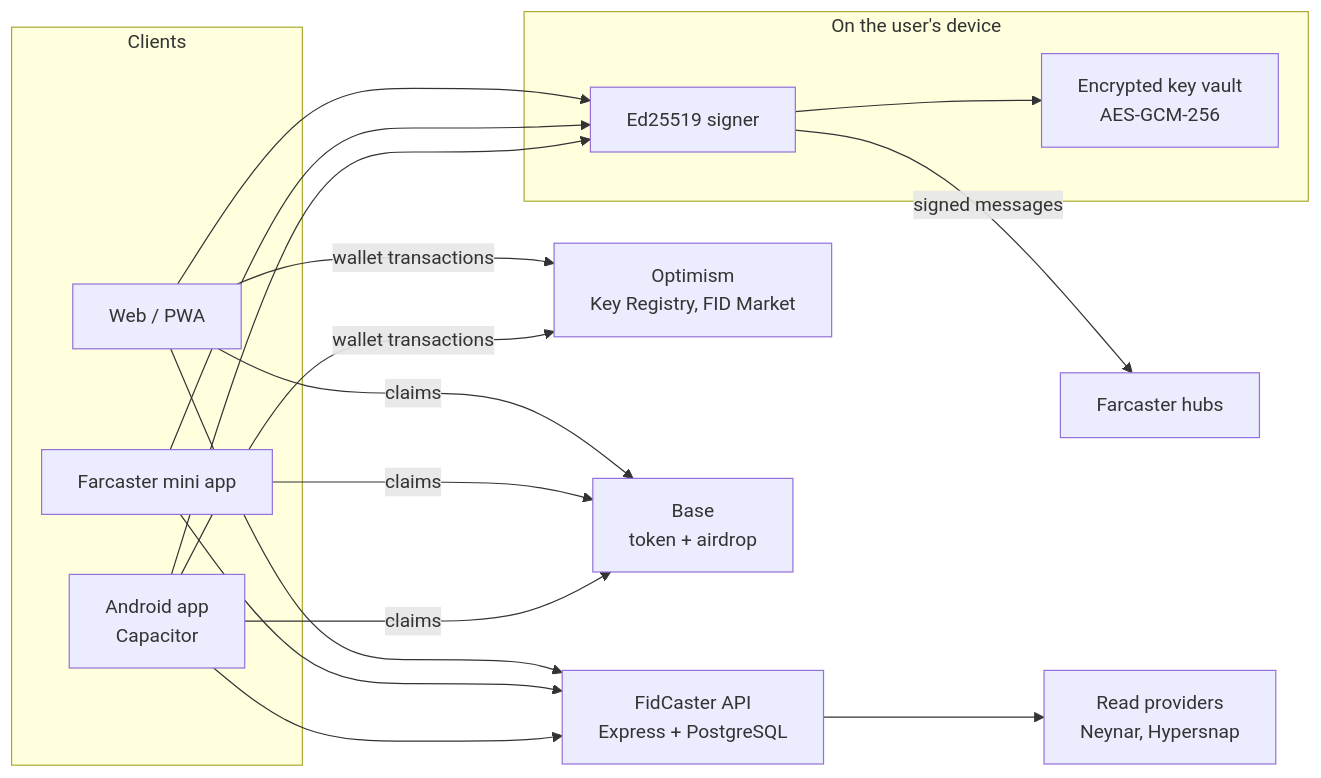
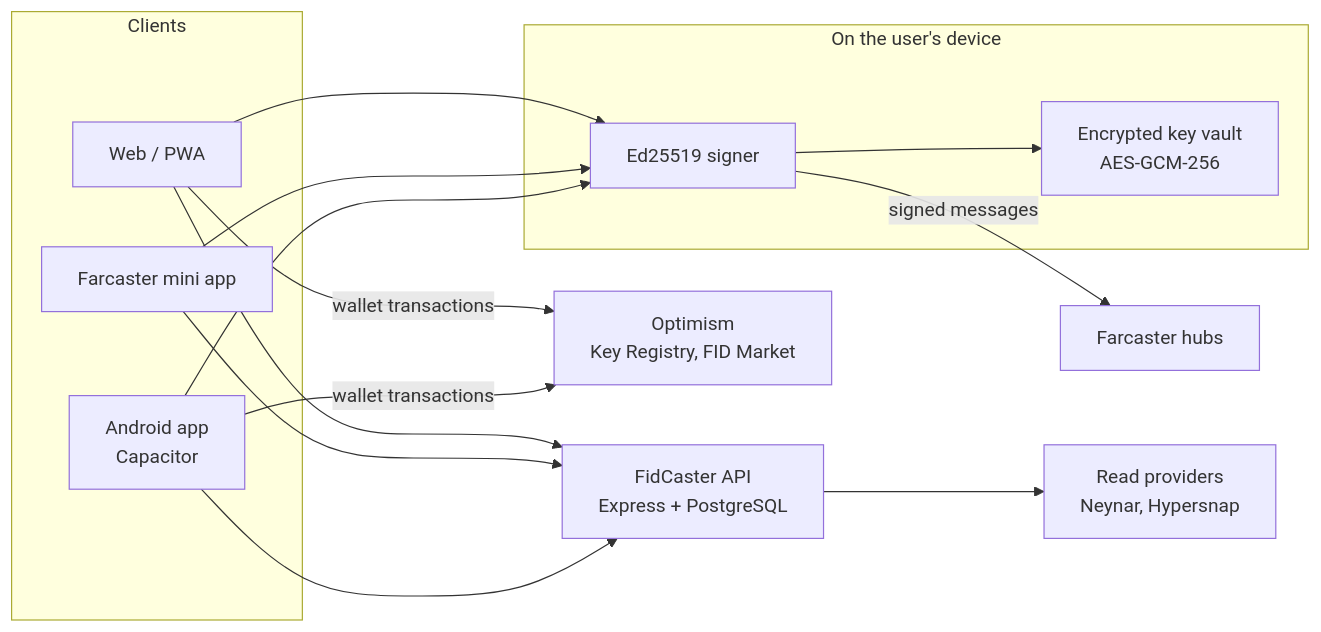
Before and after one commit to maxnalie-web/fidcaster-overview: the diagram in docs/ARCHITECTURE.md, drawn with Mermaid. The commit also changed other lines of this file and 7 other files, not shown here.

First line of the commit message:
Remove token and airdrop material from the overview

````diff
--- a/docs/ARCHITECTURE.md
+++ b/docs/ARCHITECTURE.md
@@ -7,25 +7,23 @@
 ```mermaid
 flowchart LR
   subgraph Clients
     W[Web / PWA]
     M[Farcaster mini app]
     N[Android app<br/>Capacitor]
   end
   subgraph Device[On the user's device]
     V[Encrypted key vault<br/>AES-GCM-256]
     S[Ed25519 signer]
   end
   API[FidCaster API<br/>Express + PostgreSQL]
   H[Farcaster hubs]
   R[Read providers<br/>Neynar, Hypersnap]
   OP[Optimism<br/>Key Registry, FID Market]
-  B[Base<br/>token + airdrop]
 
   W & M & N --> API
   W & M & N --> S
   S --> V
   S -- signed messages --> H
   API --> R
   W & N -- wallet transactions --> OP
-  W & M & N -- claims --> B
 ```
````
